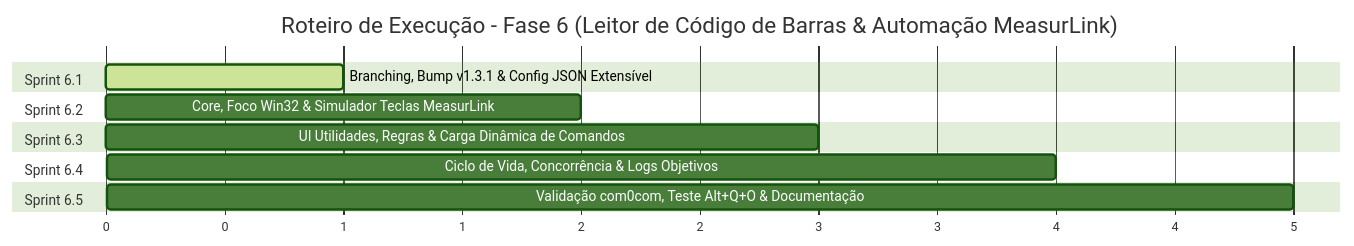
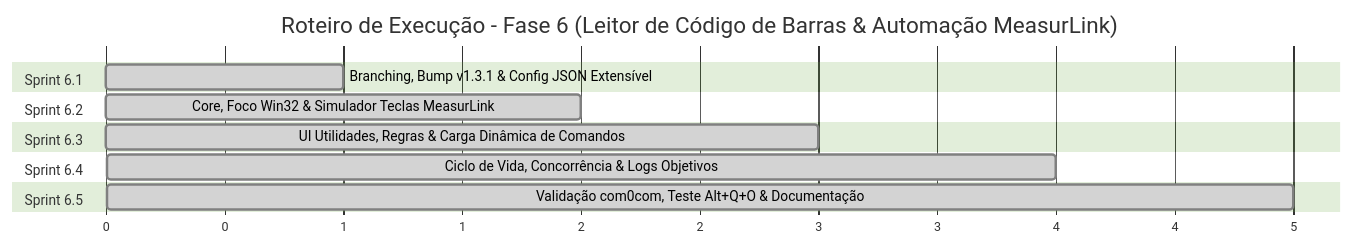
One commit to ramso-adnarim/ConnectML changed the diagram in docs/implementations/v1.3.1/ip-p6-s_development-plan.md. Above: the diagram before and after it, drawn with Mermaid (forest theme). The commit also changed 4 other files, not shown here.

Commit message:
docs: complete Sprint 6.5 QA validation, update architecture, codebase map and delivery report for v1.3.1

````diff
--- a/docs/implementations/v1.3.1/ip-p6-s_development-plan.md
+++ b/docs/implementations/v1.3.1/ip-p6-s_development-plan.md
@@ -10,16 +10,16 @@
 ```mermaid
 gantt
     title Roteiro de Execução - Fase 6 (Leitor de Código de Barras & Automação MeasurLink)
     dateFormat  X
     axisFormat %s
     section Sprint 6.1
-    Branching, Bump v1.3.1 & Config JSON Extensível   :active, s1, 0, 1
+    Branching, Bump v1.3.1 & Config JSON Extensível   :done, s1, 0, 1
     section Sprint 6.2
-    Core, Foco Win32 & Simulador Teclas MeasurLink    :s2, 1, 2
+    Core, Foco Win32 & Simulador Teclas MeasurLink    :done, s2, 1, 2
     section Sprint 6.3
-    UI Utilidades, Regras & Carga Dinâmica de Comandos:s3, 2, 3
+    UI Utilidades, Regras & Carga Dinâmica de Comandos:done, s3, 2, 3
     section Sprint 6.4
-    Ciclo de Vida, Concorrência & Logs Objetivos       :s4, 3, 4
+    Ciclo de Vida, Concorrência & Logs Objetivos       :done, s4, 3, 4
     section Sprint 6.5
-    Validação com0com, Teste Alt+Q+O & Documentação   :s5, 4, 5
+    Validação com0com, Teste Alt+Q+O & Documentação   :done, s5, 4, 5
 ```
````
